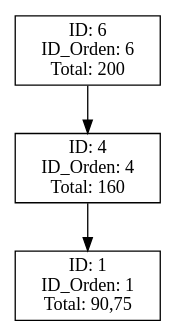
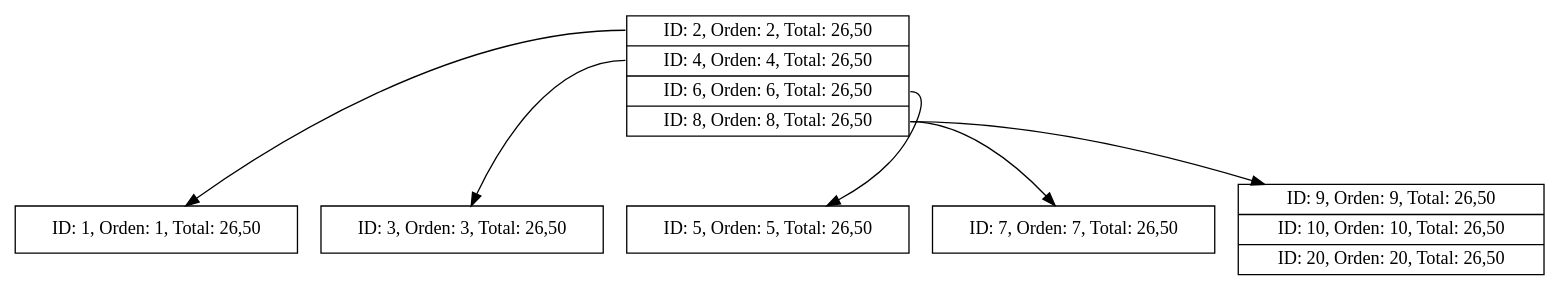
The diagram in FASE#2/AutoGest/reports/Facturacion.dot (EstebanTrampe01/-EDD-1S2025_202300431), drawn with Graphviz before and after one commit. The commit also changed 57 other files, not shown here.

```diff
--- a/FASE#2/AutoGest/reports/Facturacion.dot
+++ b/FASE#2/AutoGest/reports/Facturacion.dot
@@ -1,10 +1,15 @@
-digraph G {
-rankdir=TB;
-node [shape=record];
-splines=true;
-node0 [label="ID: 6 \n ID_Orden: 6 \n Total: 200"]
-node0 -> node1;
-node1 [label="ID: 4 \n ID_Orden: 4 \n Total: 160"]
-node1 -> node2;
-node2 [label="ID: 1 \n ID_Orden: 1 \n Total: 90,75"]
+digraph BTree {
+    node [shape=record];
+    rankdir=TB;
+    node0 [label="{<p0> ID: 2, Orden: 2, Total: 26,50|<p1> ID: 4, Orden: 4, Total: 26,50|<p2> ID: 6, Orden: 6, Total: 26,50|<p3> ID: 8, Orden: 8, Total: 26,50}"];
+    node1 [label="{<p0> ID: 1, Orden: 1, Total: 26,50}"];
+    node2 [label="{<p0> ID: 3, Orden: 3, Total: 26,50}"];
+    node3 [label="{<p0> ID: 5, Orden: 5, Total: 26,50}"];
+    node4 [label="{<p0> ID: 7, Orden: 7, Total: 26,50}"];
+    node5 [label="{<p0> ID: 9, Orden: 9, Total: 26,50|<p1> ID: 10, Orden: 10, Total: 26,50|<p2> ID: 20, Orden: 20, Total: 26,50}"];
+    node0:p0 -> node1;
+    node0:p1 -> node2;
+    node0:p2 -> node3;
+    node0:p3 -> node4;
+    node0:p3 -> node5;
 }
```
